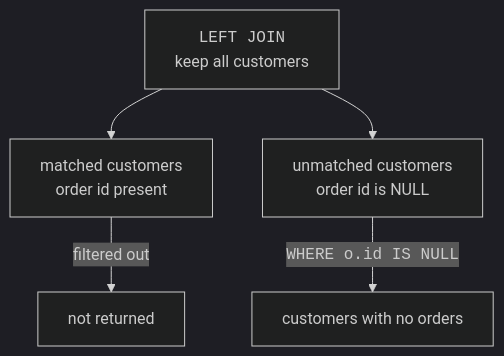
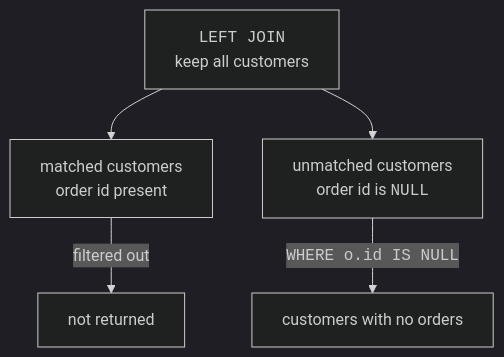
Before and after one commit to dataslope/dataslope: the third of 4 diagrams in content/courses/sqlite-for-beginners/outer-joins.mdx, drawn with Mermaid (dark theme). The commit also changed other lines of this file and 283 other files, not shown here.

First line of the commit message:
Diagrams as elements, not characters: fix the box model, sweep the corpus, and make syntax breakdowns a convention (#652)

````diff
--- a/content/courses/sqlite-for-beginners/outer-joins.mdx
+++ b/content/courses/sqlite-for-beginners/outer-joins.mdx
@@ -143,7 +152,7 @@
 ```mermaid
 flowchart TB
     A["<code>LEFT JOIN</code><br/>keep all customers"] --> B["matched customers<br/>order id present"]
-    A --> C["unmatched customers<br/>order id is NULL"]
+    A --> C["unmatched customers<br/>order id is <code>NULL</code>"]
     C -->|"<code>WHERE o.id IS NULL</code>"| D["customers with no orders"]
     B -->|"filtered out"| X["not returned"]
 ```
````
